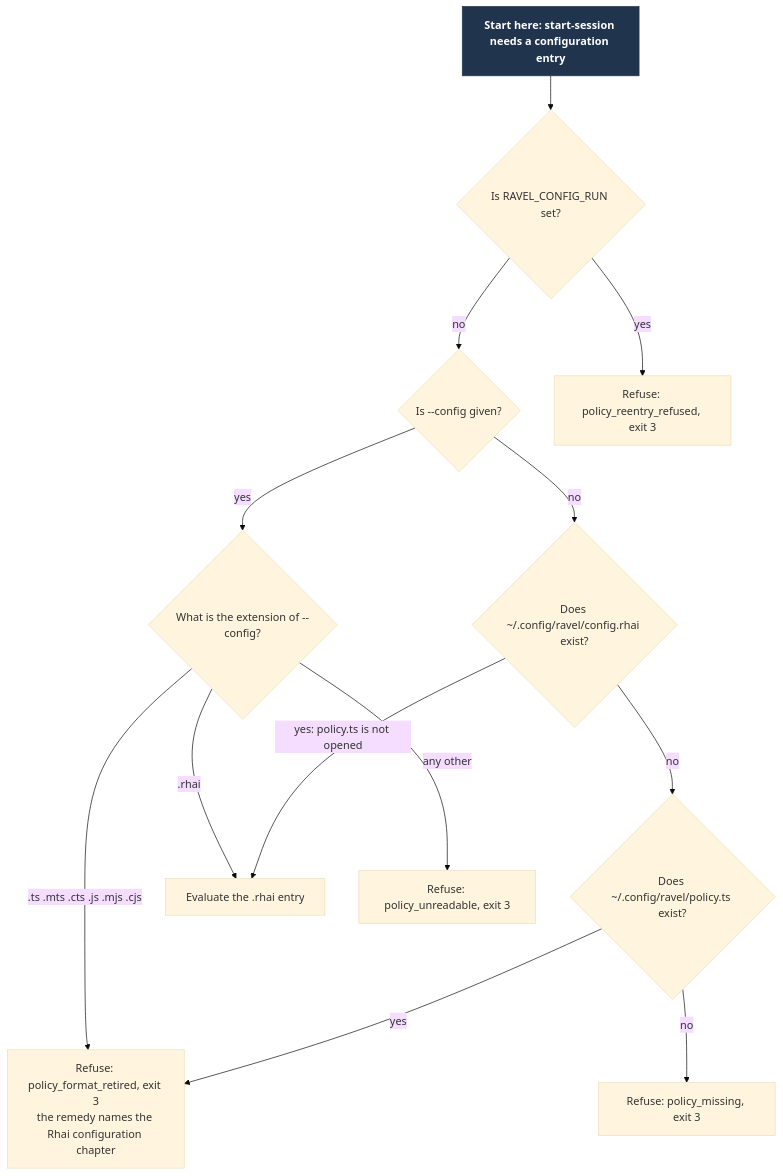
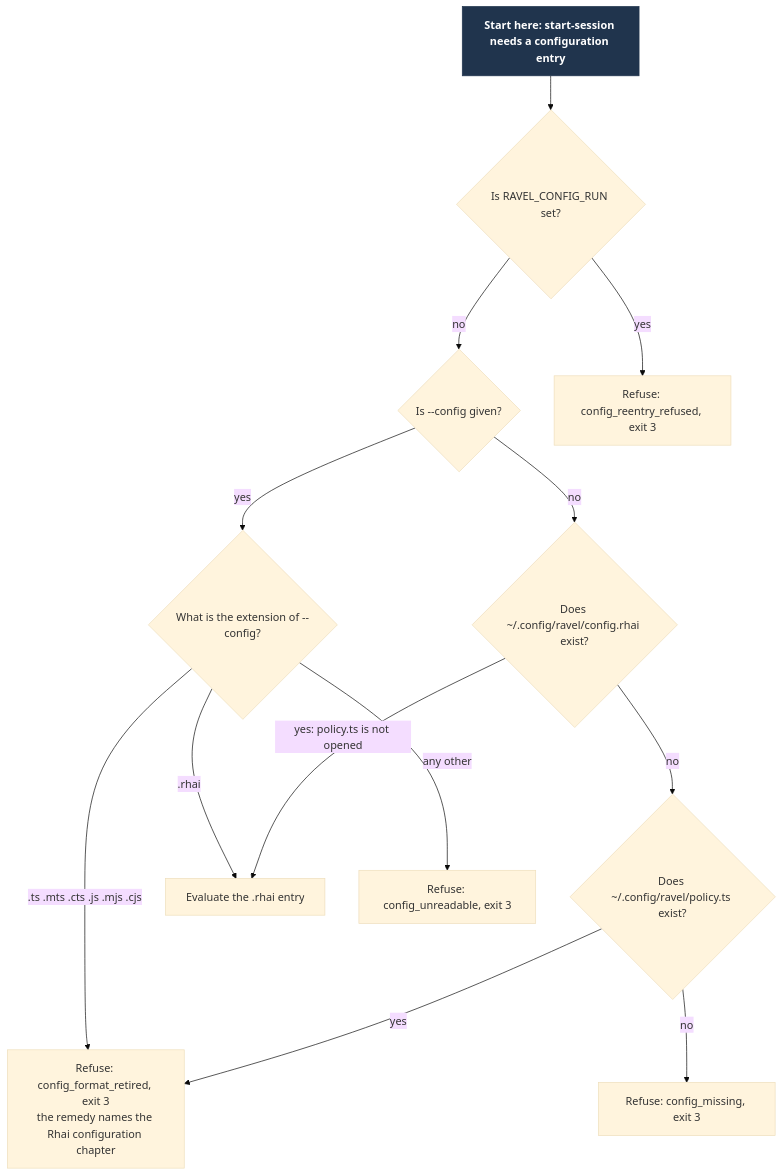
Before and after one commit to Linkuistics/Ravel: the diagram in docs/design/rhai-policy/entry-precedence.mmd, drawn with Mermaid (base theme). The commit also changed 62 other files, not shown here.

Commit message:
configuration-names-k113: rename public diagnostics and JSON fields

```diff
--- a/docs/design/rhai-policy/entry-precedence.mmd
+++ b/docs/design/rhai-policy/entry-precedence.mmd
@@ -1,26 +1,26 @@
 flowchart TD
   start["Start here: start-session needs a configuration entry"]
   reentry{"Is RAVEL_CONFIG_RUN set?"}
   config{"Is --config given?"}
   ext{"What is the extension of --config?"}
   rhai{"Does ~/.config/ravel/config.rhai exist?"}
   ts{"Does ~/.config/ravel/policy.ts exist?"}
   eval["Evaluate the .rhai entry"]
-  retired["Refuse: policy_format_retired, exit 3<br/>the remedy names the Rhai configuration chapter"]
-  missing["Refuse: policy_missing, exit 3"]
-  unreadable["Refuse: policy_unreadable, exit 3"]
-  reent["Refuse: policy_reentry_refused, exit 3"]
+  retired["Refuse: config_format_retired, exit 3<br/>the remedy names the Rhai configuration chapter"]
+  missing["Refuse: config_missing, exit 3"]
+  unreadable["Refuse: config_unreadable, exit 3"]
+  reent["Refuse: config_reentry_refused, exit 3"]
   start --> reentry
   reentry -->|yes| reent
   reentry -->|no| config
   config -->|yes| ext
   ext -->|".rhai"| eval
   ext -->|".ts .mts .cts .js .mjs .cjs"| retired
   ext -->|"any other"| unreadable
   config -->|no| rhai
   rhai -->|"yes: policy.ts is not opened"| eval
   rhai -->|no| ts
   ts -->|yes| retired
   ts -->|no| missing
   classDef start fill:#20344d,color:#fff,stroke:#20344d,font-weight:bold
   class start start
```
